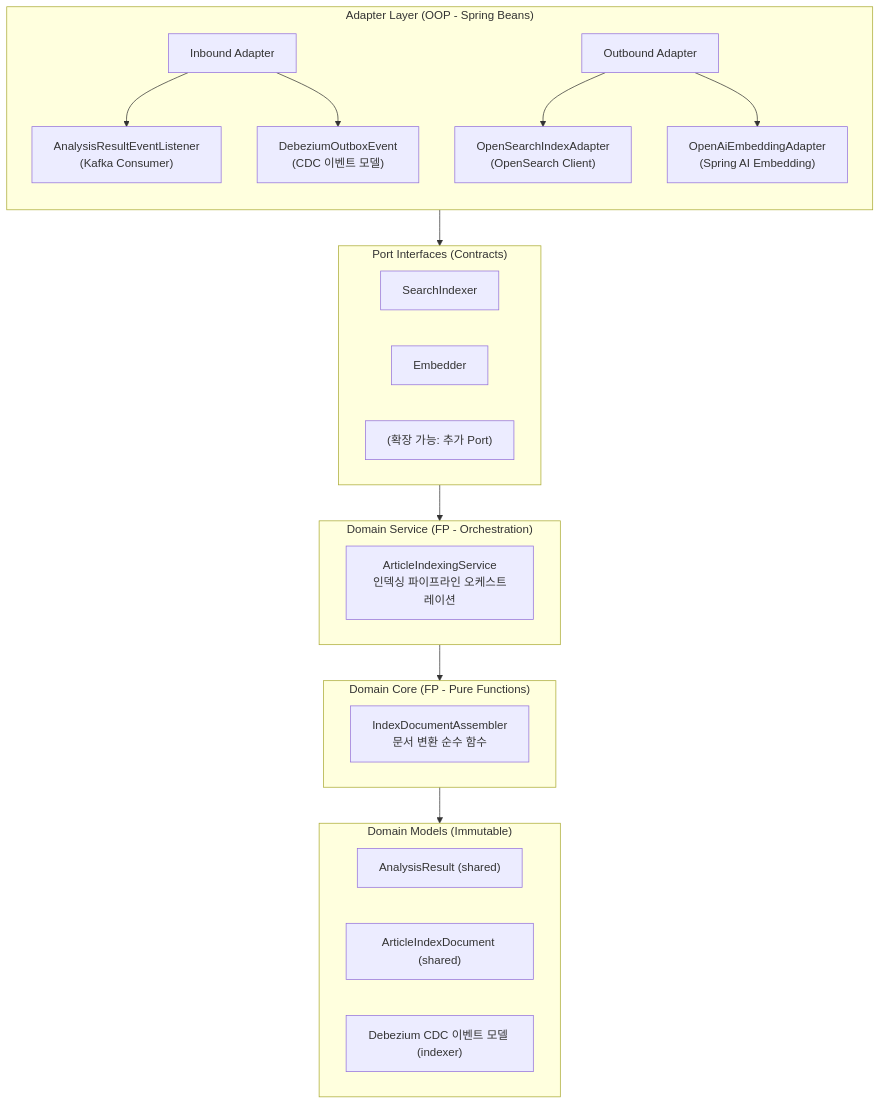
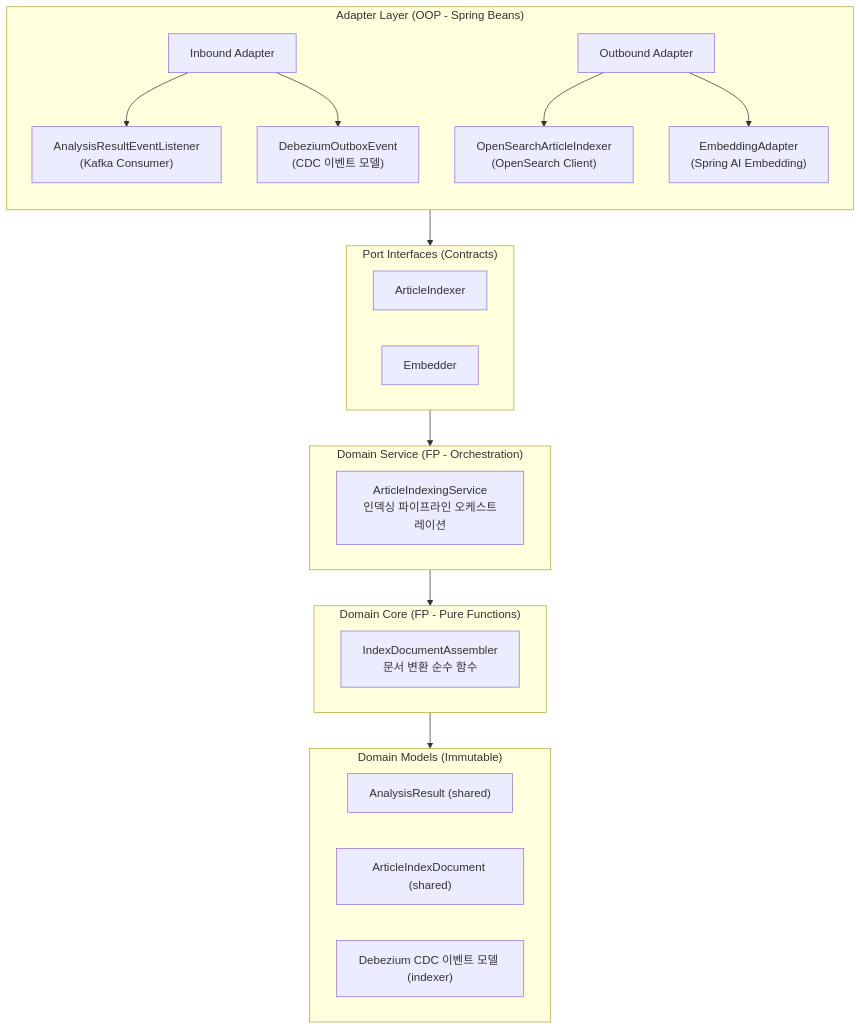
Before and after one commit to vonkernel/local-incident-tracker: the third of 3 diagrams in indexer/ARCHITECTURE.md, drawn with Mermaid. The commit also changed other lines of this file and 19 other files, not shown here.

First line of the commit message:
Refactor indexer to batch processing with bulk embedding and indexing

````diff
--- a/indexer/ARCHITECTURE.md
+++ b/indexer/ARCHITECTURE.md
@@ -102,37 +102,36 @@
 ```mermaid
 graph TB
     subgraph Adapter_Layer ["Adapter Layer (OOP - Spring Beans)"]
         direction TB
         IN["Inbound Adapter"]
         OUT["Outbound Adapter"]
         IN --> IN1["AnalysisResultEventListener<br/>(Kafka Consumer)"]
         IN --> IN2["DebeziumOutboxEvent<br/>(CDC 이벤트 모델)"]
-        OUT --> OUT1["OpenSearchIndexAdapter<br/>(OpenSearch Client)"]
-        OUT --> OUT2["OpenAiEmbeddingAdapter<br/>(Spring AI Embedding)"]
+        OUT --> OUT1["OpenSearchArticleIndexer<br/>(OpenSearch Client)"]
+        OUT --> OUT2["EmbeddingAdapter<br/>(Spring AI Embedding)"]
     end
 
     subgraph Port ["Port Interfaces (Contracts)"]
-        P1["SearchIndexer"]
+        P1["ArticleIndexer"]
         P2["Embedder"]
-        P3["(확장 가능: 추가 Port)"]
     end
 
     subgraph Service ["Domain Service (FP - Orchestration)"]
         S1["ArticleIndexingService<br/>인덱싱 파이프라인 오케스트레이션"]
     end
 
     subgraph Core ["Domain Core (FP - Pure Functions)"]
         C1["IndexDocumentAssembler<br/>문서 변환 순수 함수"]
     end
 
     subgraph Models ["Domain Models (Immutable)"]
         M1["AnalysisResult (shared)"]
         M2["ArticleIndexDocument (shared)"]
         M3["Debezium CDC 이벤트 모델 (indexer)"]
     end
 
     Adapter_Layer --> Port
     Port --> Service
     Service --> Core
     Core --> Models
 ```
````
